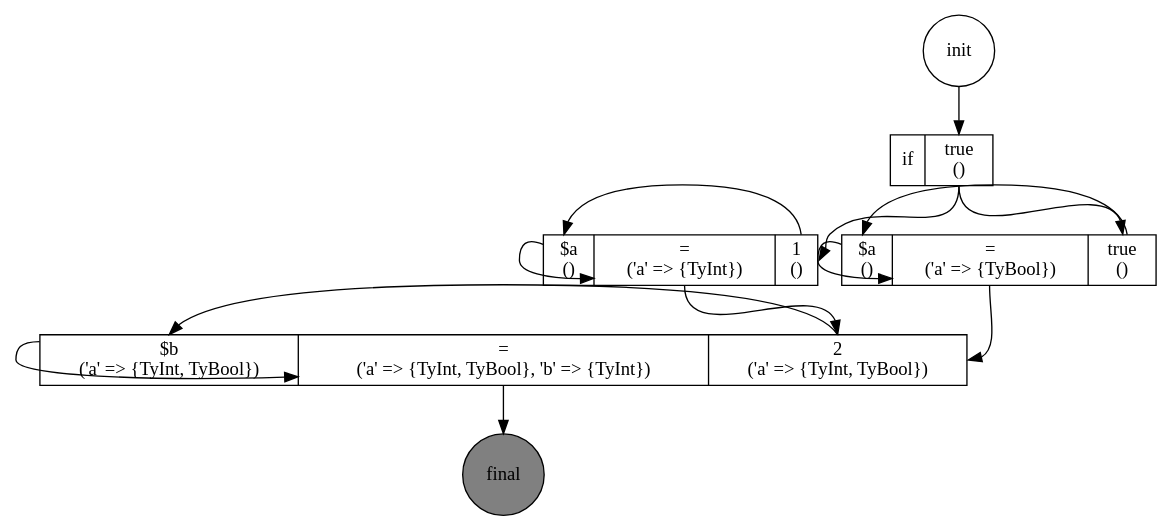
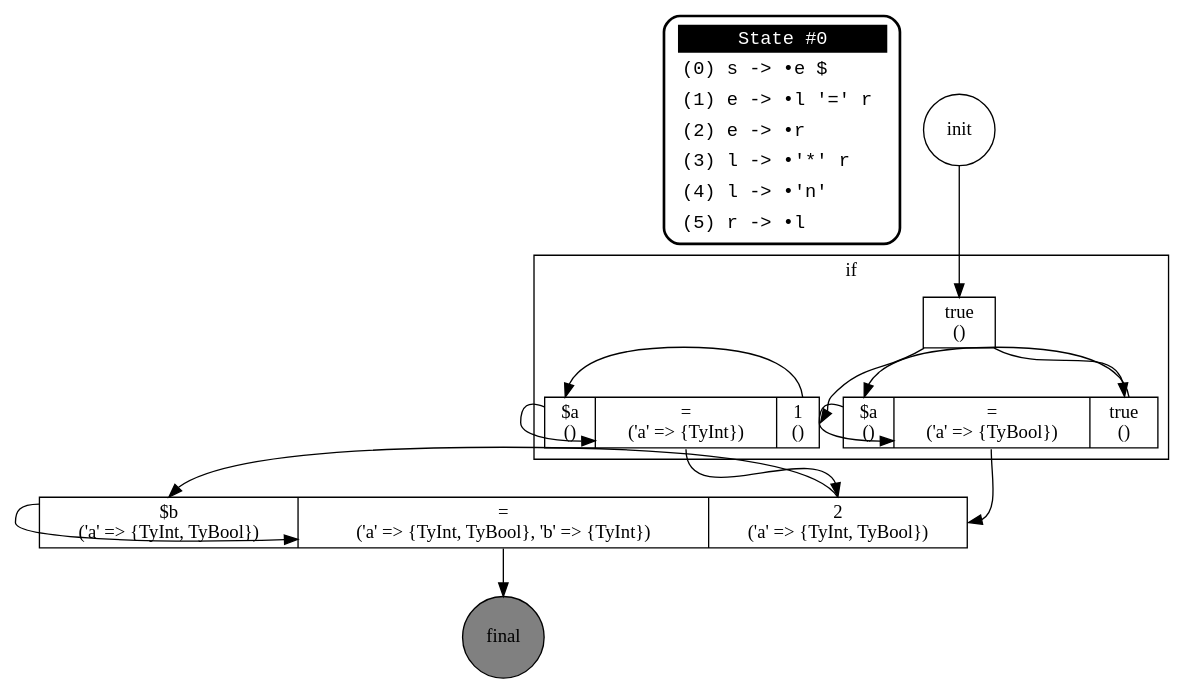
The diagram in example.dot (marcelosousa/soft-typing-PHP5), drawn with Graphviz before and after one commit. The commit also changed 2 other files, not shown here.

```diff
--- a/example.dot
+++ b/example.dot
@@ -1,25 +1,43 @@
 digraph structs {
+  
+  "state0" [ style = "filled, bold" penwidth = 2 fillcolor = "white" fontname = "Courier New" shape = "Mrecord" 
+  
+  
+  label =< <table border="0" cellborder="0" cellpadding="3" bgcolor="white"> <tr><td bgcolor="black" align="center" colspan="2"><font color="white">State #0</font></td></tr>
+  
+  <tr><td align="left" port="r0">&#40;0&#41; s -&gt; &bull;e $ </td></tr>
+  <tr><td align="left" port="r1">&#40;1&#41; e -&gt; &bull;l '=' r </td></tr>
+  <tr><td align="left" port="r2">&#40;2&#41; e -&gt; &bull;r </td></tr>
+  <tr><td align="left" port="r3">&#40;3&#41; l -&gt; &bull;'*' r </td></tr>
+  <tr><td align="left" port="r4">&#40;4&#41; l -&gt; &bull;'n' </td></tr>
+  <tr><td align="left" port="r5">&#40;5&#41; r -&gt; &bull;l </td></tr></table>> ];
+  
+  subgraph cluster_0 {
+    node [shape=record];
+    struct1 [label="<f1> true \n ()"];
+    struct2 [label="<f0> $a \n () |<f1> = \n ('a' \=\> \{TyInt\}) |<f2> 1 \n ()"];
+    struct3 [label="<f0> $a \n () |<f1> = \n ('a' \=\> \{TyBool\}) |<f2> true \n ()"];
+		label = "if";
+	}
+
     node [shape=record];
     node1 [label="init", shape=circle]
     node2 [label="final", shape=circle, style=filled, fillcolor=gray]
-    struct1 [label="<f0> if |<f1> true \n ()"];
-    struct2 [label="<f0> $a \n () |<f1> = \n ('a' \=\> \{TyInt\}) |<f2> 1 \n ()"];
-    struct3 [label="<f0> $a \n () |<f1> = \n ('a' \=\> \{TyBool\}) |<f2> true \n ()"];
     struct4 [label="<f0> $b \n ('a' \=\> \{TyInt, TyBool\}) |<f1> = \n ('a' \=\> \{TyInt, TyBool\}, 'b' \=\> \{TyInt\}) |<f2> 2 \n ('a' \=\> \{TyInt, TyBool\}) "];
 
     node1 -> struct1:f1;
     struct1:f1 -> struct2:f2;
     struct2:f2 -> struct2:f0;
     struct2:f0 -> struct2:f1;
 
     struct1:f1 -> struct3:f2;
     struct3:f2 -> struct3:f0;
     struct3:f0 -> struct3:f1;
     
     struct2:f1 -> struct4:f2;    
     struct3:f1 -> struct4:f2;    
 
     struct4:f2 -> struct4:f0;
     struct4:f0 -> struct4:f1;
     struct4:f1 -> node2;
 }
```
